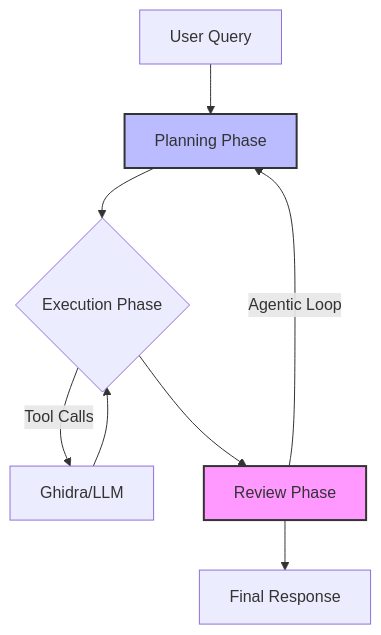
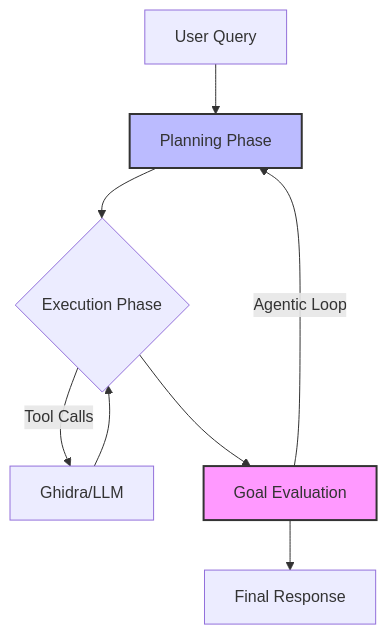
One commit to llnl/OGhidra changed the diagram in README.md. Above: the diagram before and after it, drawn with Mermaid. The commit also changed other lines of this file and 32 other files, not shown here.

````diff
--- a/README.md
+++ b/README.md
@@ -31,13 +33,13 @@
 ```mermaid
 graph TD
     A[User Query] --> B[Planning Phase]
     B --> C{Execution Phase}
     C -- Tool Calls --> D[Ghidra/LLM]
     D --> C
-    C --> E[Review Phase]
+    C --> E[Goal Evaluation]
     E -- Agentic Loop --> B
     E --> F[Final Response]
 
     style E fill:#f9f,stroke:#333,stroke-width:2px
     style B fill:#bbf,stroke:#333,stroke-width:2px
 ```
````
